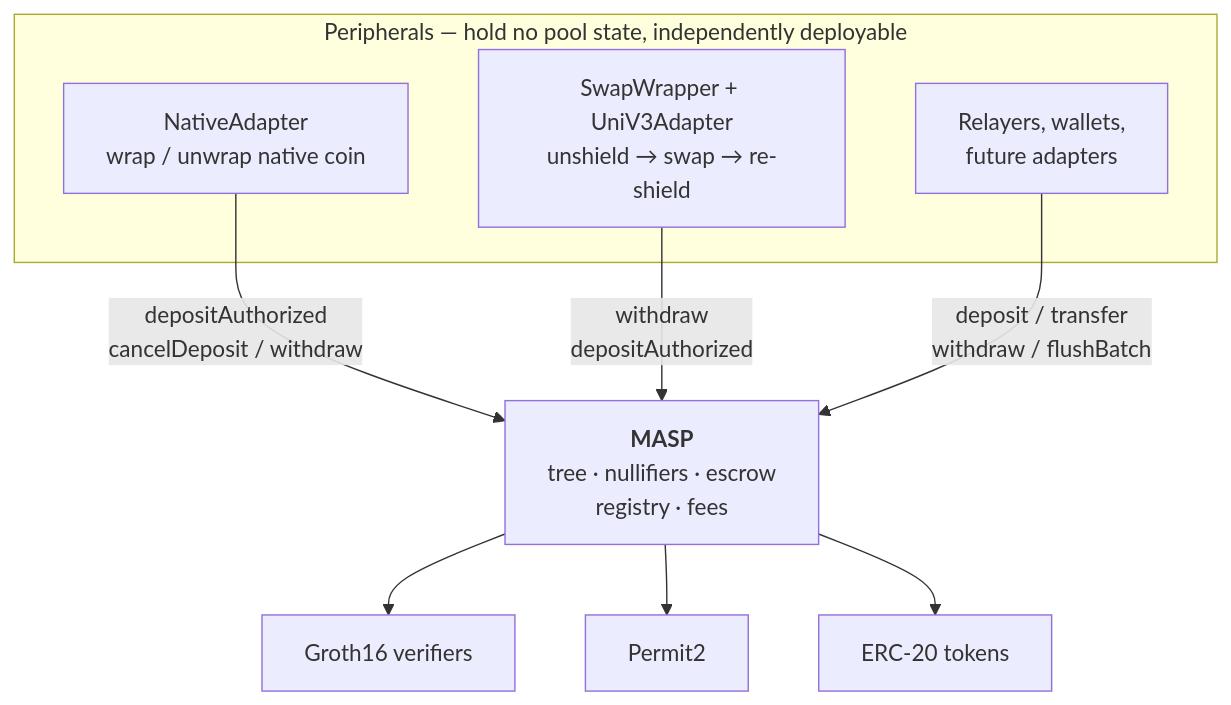
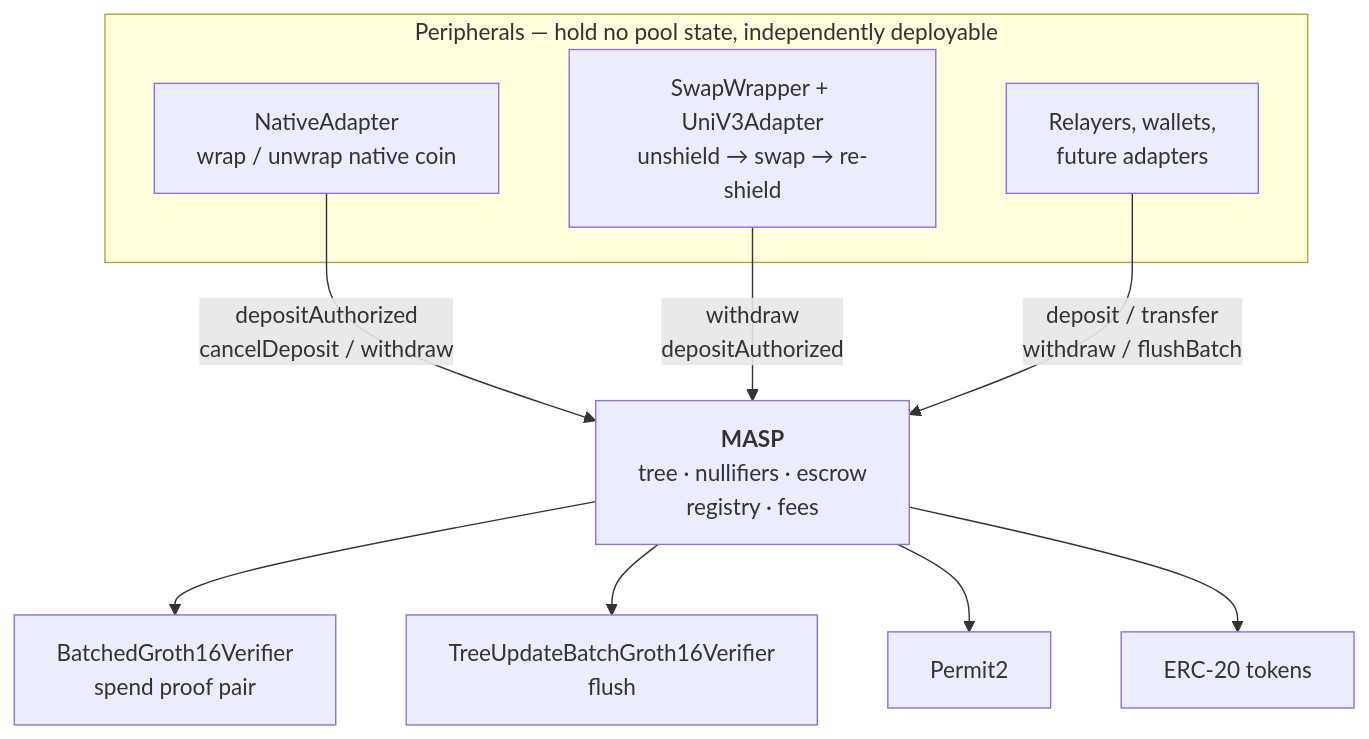
Before and after one commit to lelantos-org/contracts: the diagram in README.md, drawn with Mermaid. The commit also changed other lines of this file and 62 other files, not shown here.

````diff
--- a/README.md
+++ b/README.md
@@ -28,15 +25,16 @@
 ```mermaid
 flowchart TB
   subgraph P["Peripherals — hold no pool state, independently deployable"]
     NA["NativeAdapter<br/>wrap / unwrap native coin"]
     SW["SwapWrapper + UniV3Adapter<br/>unshield → swap → re-shield"]
     U["Relayers, wallets,<br/>future adapters"]
   end
   M["<b>MASP</b><br/>tree · nullifiers · escrow<br/>registry · fees"]
   NA -->|"depositAuthorized<br/>cancelDeposit / withdraw"| M
   SW -->|"withdraw<br/>depositAuthorized"| M
   U -->|"deposit / transfer<br/>withdraw / flushBatch"| M
-  M --> V["Groth16 verifiers"]
+  M --> V["BatchedGroth16Verifier<br/>spend proof pair"]
+  M --> V2["TreeUpdateBatchGroth16Verifier<br/>flush"]
   M --> P2["Permit2"]
   M --> T["ERC-20 tokens"]
 ```
````
